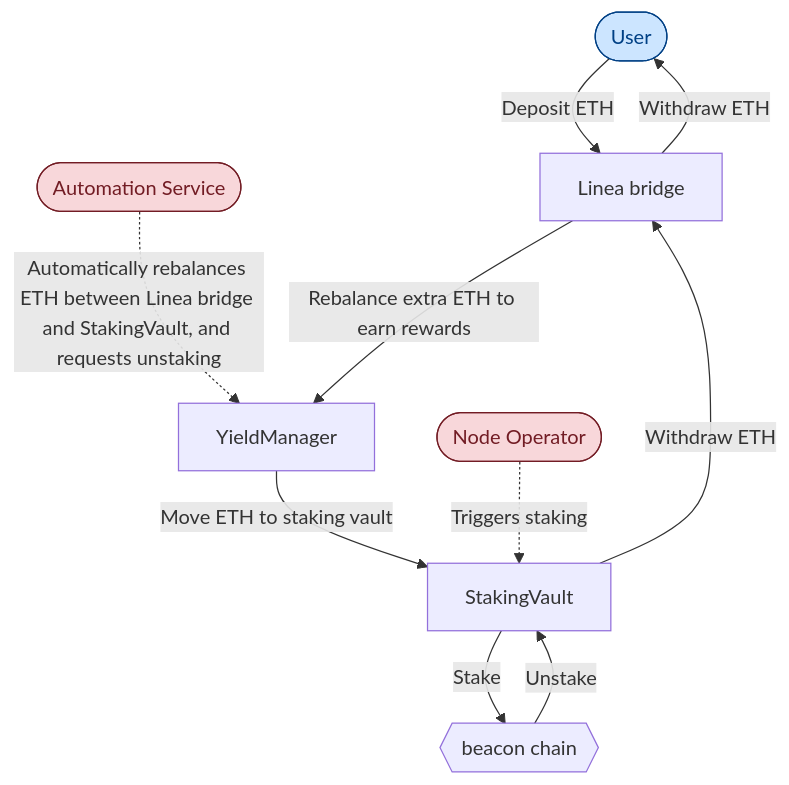
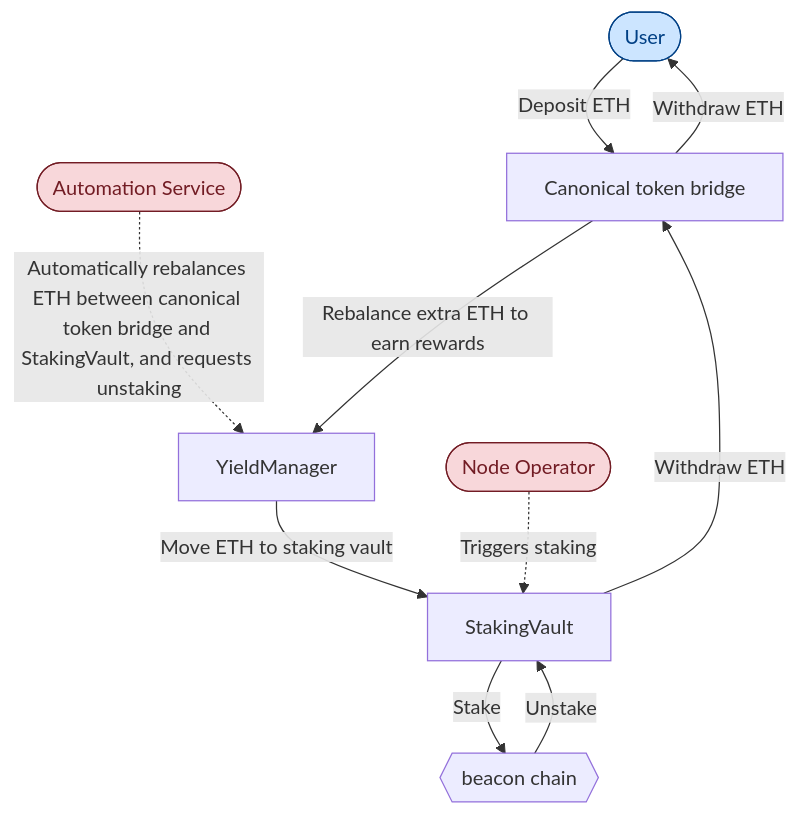
One commit to Consensys/doc.linea changed the first of 8 diagrams in docs/protocol/yield-boost-architecture.mdx. Above: the diagram before and after it, drawn with Mermaid. The commit also changed other lines of this file and 1 other file, not shown here.

````diff
--- a/docs/protocol/yield-boost-architecture.mdx
+++ b/docs/protocol/yield-boost-architecture.mdx
@@ -48,26 +48,26 @@
 ```mermaid
 flowchart TD
     User([User])
     Auto([Automation Service])
     NO([Node Operator])
-    BR[Linea bridge]
+    BR[Canonical token bridge]
     YM[YieldManager]
     SV[StakingVault]
     BC{{beacon chain}}
 
     User -->|Deposit ETH| BR
     BR -->|Withdraw ETH| User
-    Auto -.->|Automatically rebalances ETH between Linea bridge and StakingVault, and requests unstaking| YM
+    Auto -.->|Automatically rebalances ETH between canonical token bridge and StakingVault, and requests unstaking| YM
     BR -->|Rebalance extra ETH to earn rewards| YM
     YM -->|Move ETH to staking vault| SV
     NO -.->|Triggers staking| SV
     SV -->|Stake| BC
     BC -->|Unstake| SV
     SV -->|Withdraw ETH| BR
 
     classDef admin fill:#f8d7da,stroke:#721c24,stroke-width:1px,color:#721c24
     classDef permissionless fill:#cce5ff,stroke:#004085,stroke-width:1px,color:#004085
 
     class NO,Auto admin
     class User permissionless
 ```
````
